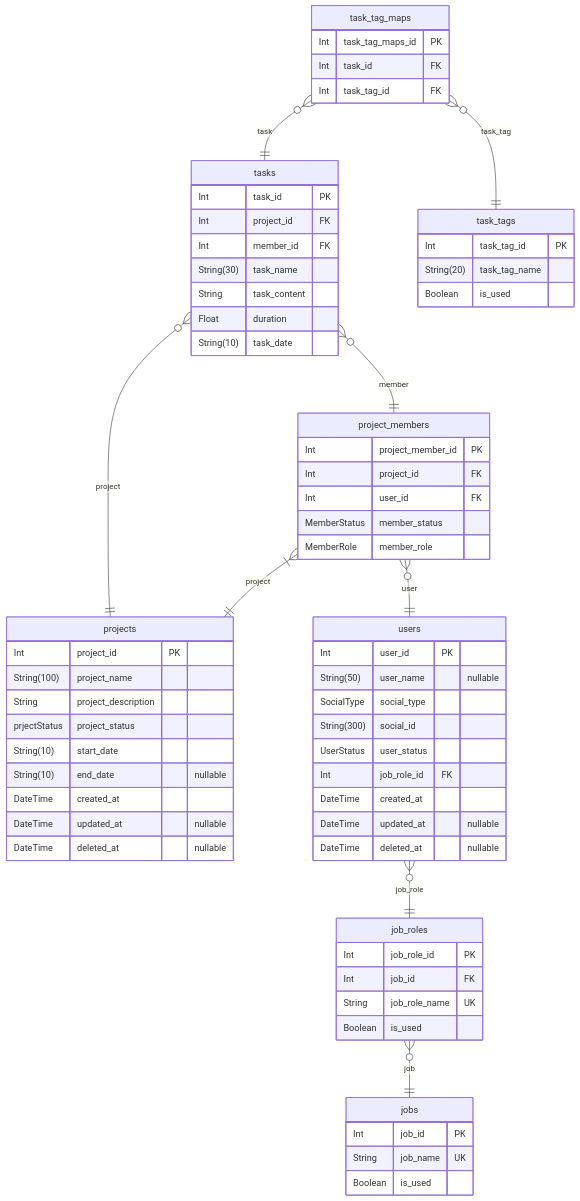
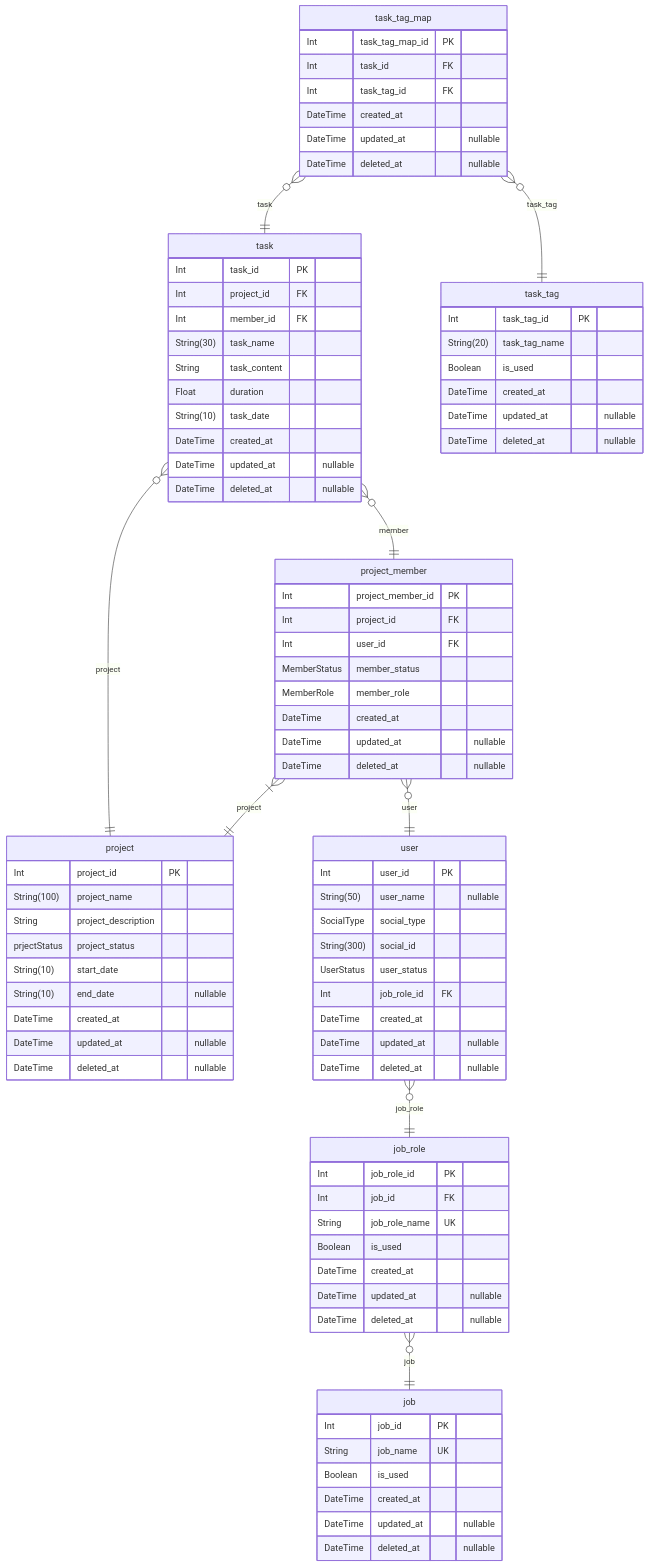
Before and after one commit to 723poil/nestjs-fastify-practice: the fourth of 4 diagrams in prisma/ERD.md, drawn with Mermaid. The commit also changed other lines of this file and 6 other files, not shown here.

Commit message:
update erd

````diff
--- a/prisma/ERD.md
+++ b/prisma/ERD.md
@@ -254,24 +299,33 @@
 ```mermaid
 erDiagram
-"jobs" {
+"job" {
   Int job_id PK
   String job_name UK
   Boolean is_used
+  DateTime created_at
+  DateTime updated_at "nullable"
+  DateTime deleted_at "nullable"
 }
-"job_roles" {
+"job_role" {
   Int job_role_id PK
   Int job_id FK
   String job_role_name UK
   Boolean is_used
+  DateTime created_at
+  DateTime updated_at "nullable"
+  DateTime deleted_at "nullable"
 }
-"project_members" {
+"project_member" {
   Int project_member_id PK
   Int project_id FK
   Int user_id FK
   MemberStatus member_status
   MemberRole member_role
+  DateTime created_at
+  DateTime updated_at "nullable"
+  DateTime deleted_at "nullable"
 }
-"projects" {
+"project" {
   Int project_id PK
   String(100) project_name
   String project_description
@@ -282,7 +336,7 @@
   DateTime updated_at "nullable"
   DateTime deleted_at "nullable"
 }
-"tasks" {
+"task" {
   Int task_id PK
   Int project_id FK
   Int member_id FK
@@ -290,18 +344,27 @@
   String task_content
   Float duration
   String(10) task_date
+  DateTime created_at
+  DateTime updated_at "nullable"
+  DateTime deleted_at "nullable"
 }
-"task_tags" {
+"task_tag" {
   Int task_tag_id PK
   String(20) task_tag_name
   Boolean is_used
+  DateTime created_at
+  DateTime updated_at "nullable"
+  DateTime deleted_at "nullable"
 }
-"task_tag_maps" {
-  Int task_tag_maps_id PK
+"task_tag_map" {
+  Int task_tag_map_id PK
   Int task_id FK
   Int task_tag_id FK
+  DateTime created_at
+  DateTime updated_at "nullable"
+  DateTime deleted_at "nullable"
 }
-"users" {
+"user" {
   Int user_id PK
   String(50) user_name "nullable"
   SocialType social_type
@@ -312,12 +375,12 @@
   DateTime updated_at "nullable"
   DateTime deleted_at "nullable"
 }
-"job_roles" }o--|| "jobs" : job
-"project_members" }|--|| "projects" : project
-"project_members" }o--|| "users" : user
-"tasks" }o--|| "projects" : project
-"tasks" }o--|| "project_members" : member
-"task_tag_maps" }o--|| "tasks" : task
-"task_tag_maps" }o--|| "task_tags" : task_tag
-"users" }o--|| "job_roles" : job_role
+"job_role" }o--|| "job" : job
+"project_member" }|--|| "project" : project
+"project_member" }o--|| "user" : user
+"task" }o--|| "project" : project
+"task" }o--|| "project_member" : member
+"task_tag_map" }o--|| "task" : task
+"task_tag_map" }o--|| "task_tag" : task_tag
+"user" }o--|| "job_role" : job_role
 ```
````
